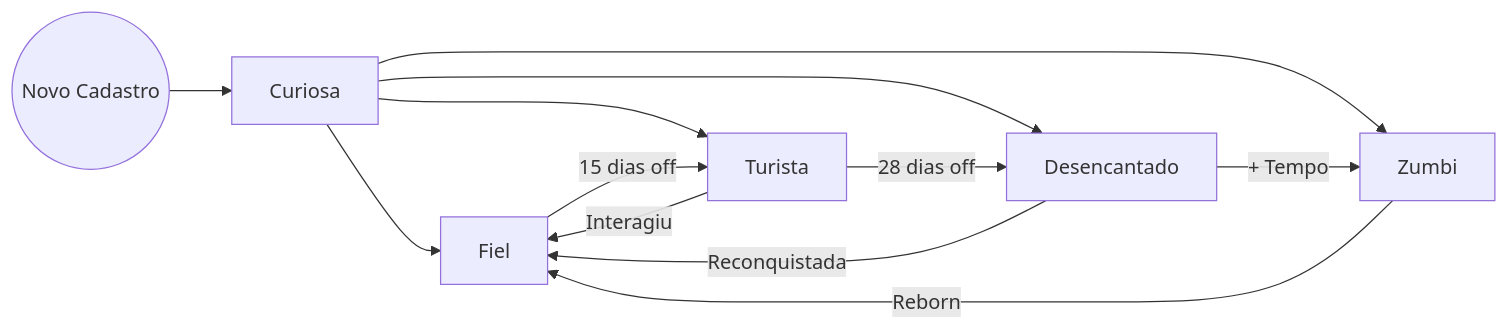
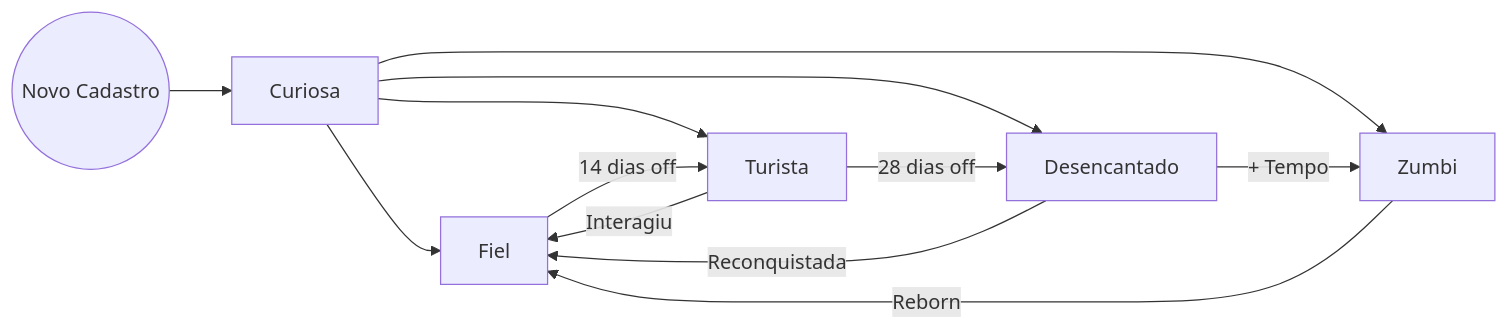
One commit to NiveskZ/loyalty-predict changed the diagram in README.md. Above: the diagram before and after it, drawn with Mermaid. The commit also changed other lines of this file and 1 other file, not shown here.

Commit message:
ETL: Ciclo de vida

````diff
--- a/README.md
+++ b/README.md
@@ -136,21 +136,21 @@
 ```mermaid 
 graph LR
     %% Entrada
     Inicio((Novo Cadastro)) --> Curiosa
     Curiosa --> Fiel
     Curiosa --> Turista
     Curiosa --> Desencantado
     Curiosa --> Zumbi
 
     %% O Ciclo de Oscilação (O dia a dia)
-    Fiel -->|15 dias off| Turista
+    Fiel -->|14 dias off| Turista
     Turista -->|Interagiu| Fiel
 
     %% O Caminho do Churn
     Turista -->|28 dias off| Desencantado
     Desencantado -->|+ Tempo| Zumbi
 
     %% O Ciclo de Retorno (Reativação)
     Desencantado -->|Reconquistada| Fiel
     Zumbi -->|Reborn| Fiel
 ```
````
